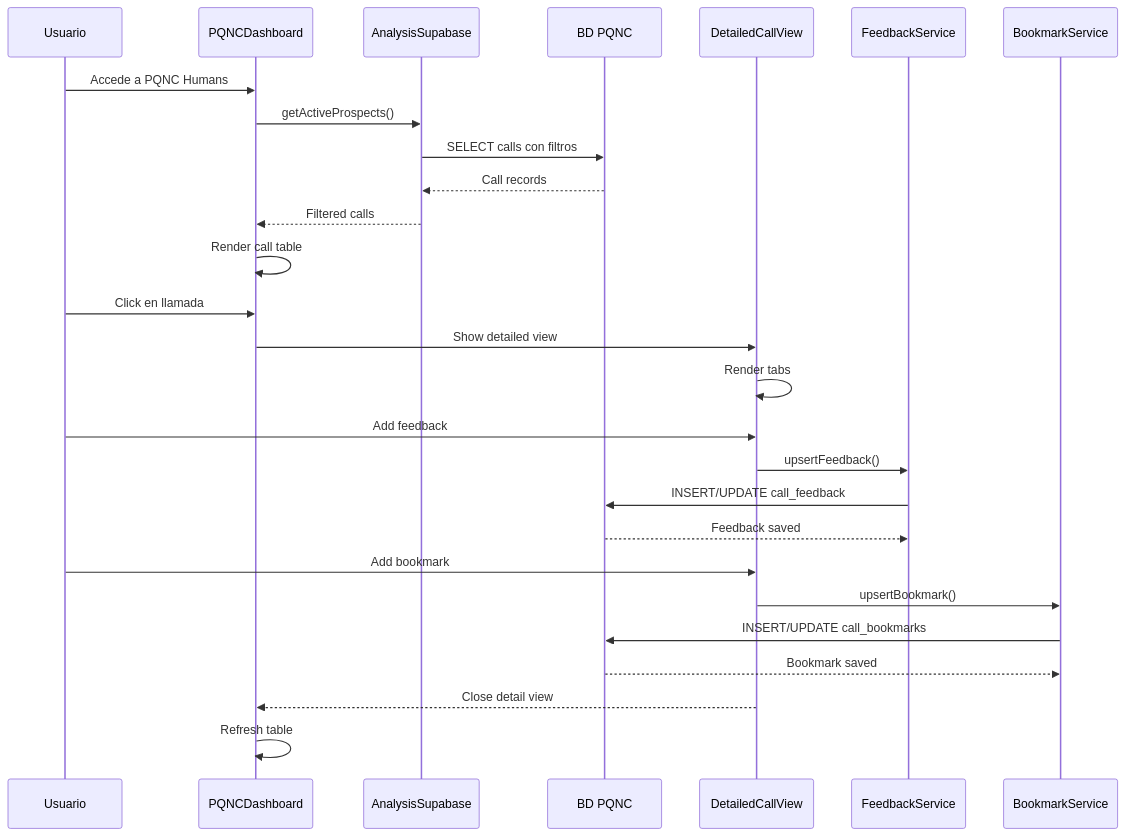
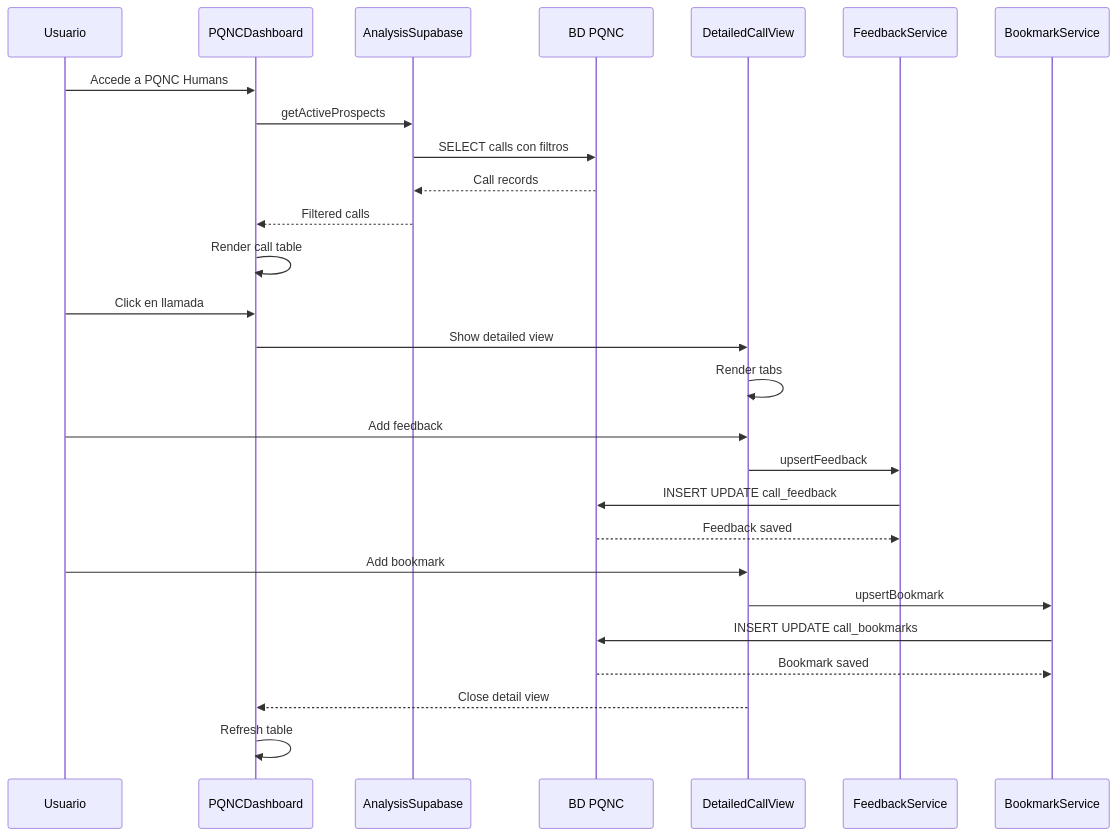
The tenth of 16 diagrams in docs/ARCHITECTURE_DIAGRAMS.md (rodrigo-vidanta/analisis_web), drawn with Mermaid before and after one commit. The commit also changed other lines of this file, not shown here.

First line of the commit message:
🔧 Corregir sintaxis de diagramas Mermaid

````diff
--- a/docs/ARCHITECTURE_DIAGRAMS.md
+++ b/docs/ARCHITECTURE_DIAGRAMS.md
@@ -550,34 +550,34 @@
 ```mermaid
 sequenceDiagram
     participant U as Usuario
     participant PD as PQNCDashboard
     participant AS as AnalysisSupabase
     participant BD as BD PQNC
     participant DCV as DetailedCallView
     participant FS as FeedbackService
     participant BS as BookmarkService
     
     U->>PD: Accede a PQNC Humans
-    PD->>AS: getActiveProspects()
+    PD->>AS: getActiveProspects
     AS->>BD: SELECT calls con filtros
     BD-->>AS: Call records
     AS-->>PD: Filtered calls
     PD->>PD: Render call table
     
     U->>PD: Click en llamada
     PD->>DCV: Show detailed view
     DCV->>DCV: Render tabs
     
     U->>DCV: Add feedback
-    DCV->>FS: upsertFeedback()
-    FS->>BD: INSERT/UPDATE call_feedback
+    DCV->>FS: upsertFeedback
+    FS->>BD: INSERT UPDATE call_feedback
     BD-->>FS: Feedback saved
     
     U->>DCV: Add bookmark
-    DCV->>BS: upsertBookmark()
-    BS->>BD: INSERT/UPDATE call_bookmarks
+    DCV->>BS: upsertBookmark
+    BS->>BD: INSERT UPDATE call_bookmarks
     BD-->>BS: Bookmark saved
     
     DCV-->>PD: Close detail view
     PD->>PD: Refresh table
 ```
````
